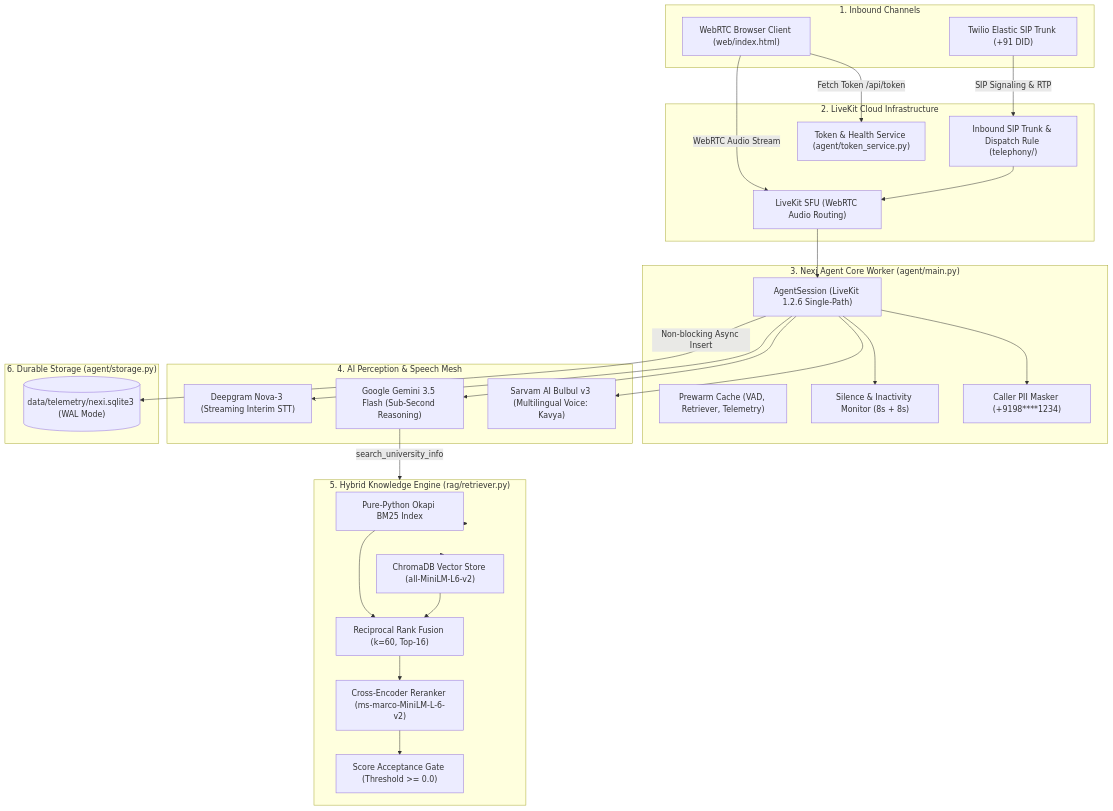
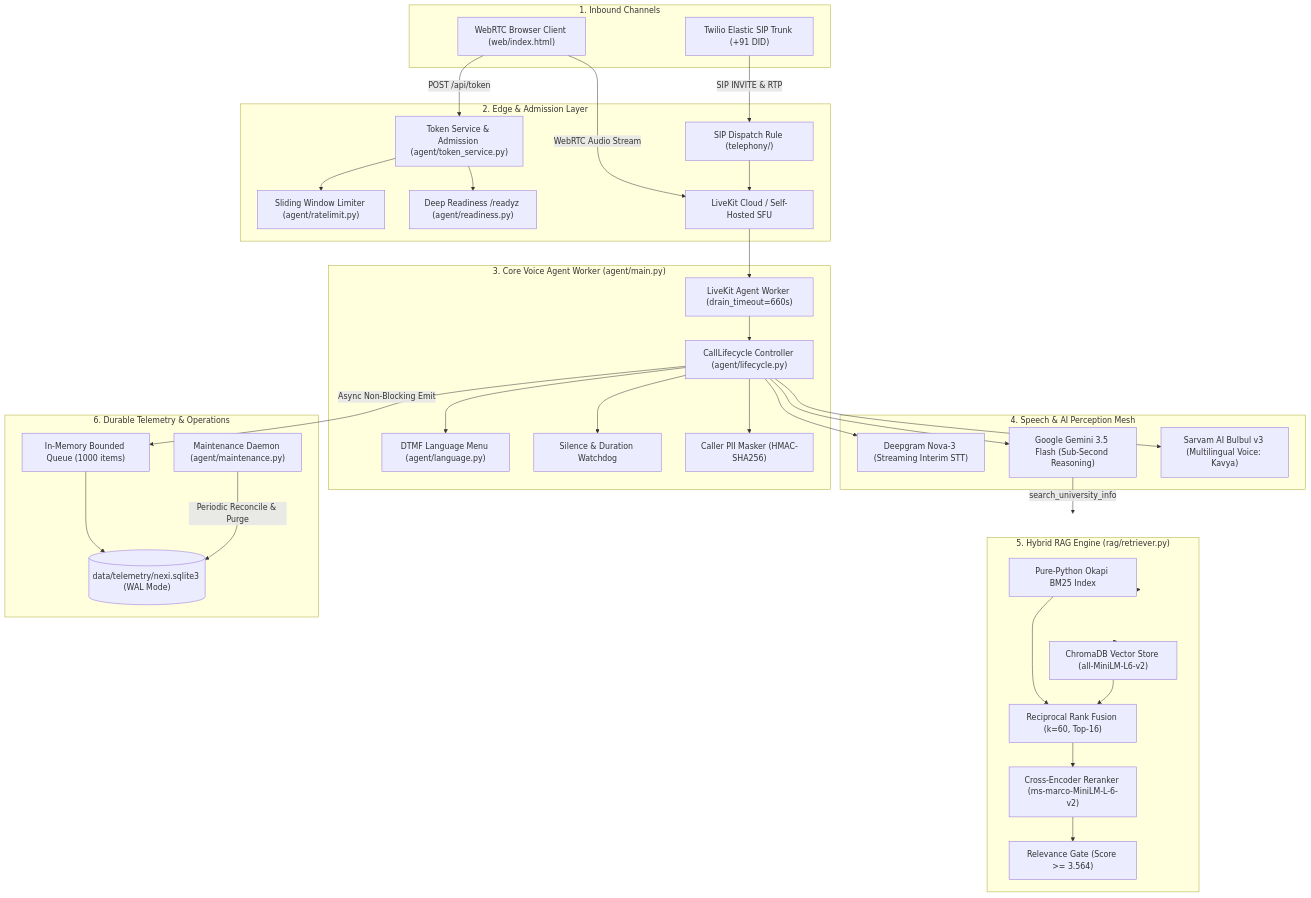
The first of 4 diagrams in README.md (YEsh-DEV/nexi-ntl), drawn with Mermaid before and after one commit. The commit also changed other lines of this file, not shown here.

Commit message:
docs: expand comprehensive end-to-end README with pitch copy and deep architecture

````diff
--- a/README.md
+++ b/README.md
@@ -59,53 +108,63 @@
 ```mermaid
 flowchart TD
     subgraph Clients["1. Inbound Channels"]
         Web["WebRTC Browser Client (web/index.html)"]
         Phone["Twilio Elastic SIP Trunk (+91 DID)"]
     end
 
-    subgraph Transport["2. LiveKit Cloud Infrastructure"]
-        SFU["LiveKit SFU (WebRTC Audio Routing)"]
-        SIPTrunk["Inbound SIP Trunk & Dispatch Rule (telephony/)"]
-        TokenAPI["Token & Health Service (agent/token_service.py)"]
+    subgraph Gateway["2. Edge & Admission Layer"]
+        TokenAPI["Token Service & Admission (agent/token_service.py)"]
+        RateLimiter["Sliding Window Limiter (agent/ratelimit.py)"]
+        Readiness["Deep Readiness /readyz (agent/readiness.py)"]
+        SFU["LiveKit Cloud / Self-Hosted SFU"]
+        SIPTrunk["SIP Dispatch Rule (telephony/)"]
     end
 
-    subgraph Worker["3. Nexi Agent Core Worker (agent/main.py)"]
-        Prewarm["Prewarm Cache (VAD, Retriever, Telemetry)"]
-        Session["AgentSession (LiveKit 1.2.6 Single-Path)"]
-        Watchdog["Silence & Inactivity Monitor (8s + 8s)"]
-        Masker["Caller PII Masker (+9198****1234)"]
+    subgraph Runtime["3. Core Voice Agent Worker (agent/main.py)"]
+        Worker["LiveKit Agent Worker (drain_timeout=660s)"]
+        Lifecycle["CallLifecycle Controller (agent/lifecycle.py)"]
+        DTMF["DTMF Language Menu (agent/language.py)"]
+        Watchdog["Silence & Duration Watchdog"]
+        Masker["Caller PII Masker (HMAC-SHA256)"]
     end
 
-    subgraph Perception["4. AI Perception & Speech Mesh"]
+    subgraph Perception["4. Speech & AI Perception Mesh"]
         STT["Deepgram Nova-3 (Streaming Interim STT)"]
         LLM["Google Gemini 3.5 Flash (Sub-Second Reasoning)"]
         TTS["Sarvam AI Bulbul v3 (Multilingual Voice: Kavya)"]
     end
 
-    subgraph Knowledge["5. Hybrid Knowledge Engine (rag/retriever.py)"]
+    subgraph Knowledge["5. Hybrid RAG Engine (rag/retriever.py)"]
         BM25["Pure-Python Okapi BM25 Index"]
         Dense["ChromaDB Vector Store (all-MiniLM-L6-v2)"]
         RRF["Reciprocal Rank Fusion (k=60, Top-16)"]
         Reranker["Cross-Encoder Reranker (ms-marco-MiniLM-L-6-v2)"]
-        Gate["Score Acceptance Gate (Threshold >= 0.0)"]
+        Gate["Relevance Gate (Score >= 3.564)"]
     end
 
-    subgraph Telemetry["6. Durable Storage (agent/storage.py)"]
+    subgraph Storage["6. Durable Telemetry & Operations"]
+        Queue["In-Memory Bounded Queue (1000 items)"]
         DB[("data/telemetry/nexi.sqlite3 (WAL Mode)")]
+        Maintenance["Maintenance Daemon (agent/maintenance.py)"]
     end
 
-    Web -->|Fetch Token /api/token| TokenAPI
+    Web -->|POST /api/token| TokenAPI
+    TokenAPI --> RateLimiter
+    TokenAPI --> Readiness
     Web -->|WebRTC Audio Stream| SFU
-    Phone -->|SIP Signaling & RTP| SIPTrunk --> SFU
-    SFU --> Session
-    Session --> Watchdog
-    Session --> Masker
-    Session --> STT
-    Session --> LLM
-    Session --> TTS
+    Phone -->|SIP INVITE & RTP| SIPTrunk --> SFU
+    SFU --> Worker
+    Worker --> Lifecycle
+    Lifecycle --> DTMF
+    Lifecycle --> Watchdog
+    Lifecycle --> Masker
+    Lifecycle --> STT
+    Lifecycle --> LLM
+    Lifecycle --> TTS
     LLM -->|search_university_info| Knowledge
     Knowledge --> BM25
     Knowledge --> Dense
     BM25 & Dense --> RRF --> Reranker --> Gate
-    Session -->|Non-blocking Async Insert| DB
+    Lifecycle -->|Async Non-Blocking Emit| Queue --> DB
+    Maintenance -->|Periodic Reconcile & Purge| DB
 ```
````
